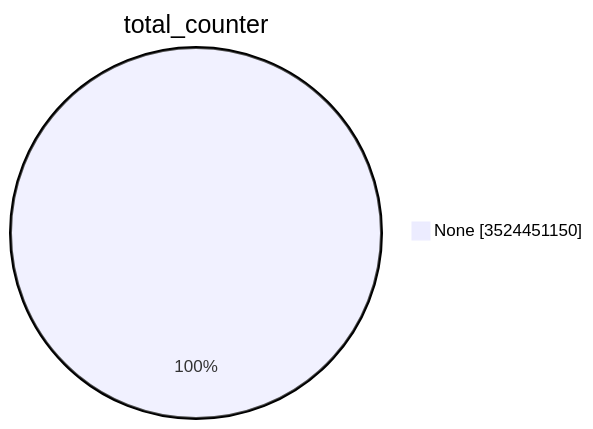
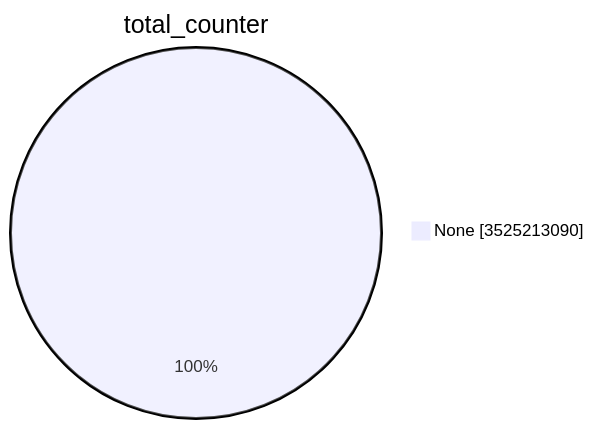
The first of 15 diagrams in TOTAL/README.md (christiankrug/ctmonitor_visualization), drawn with Mermaid before and after one commit. The commit also changed other lines of this file, not shown here.

````diff
--- a/TOTAL/README.md
+++ b/TOTAL/README.md
@@ -1,5 +1,5 @@
 ```mermaid
 pie showData
 title total_counter
-"None" :3524451150
+"None" :3525213090
 ```
````
